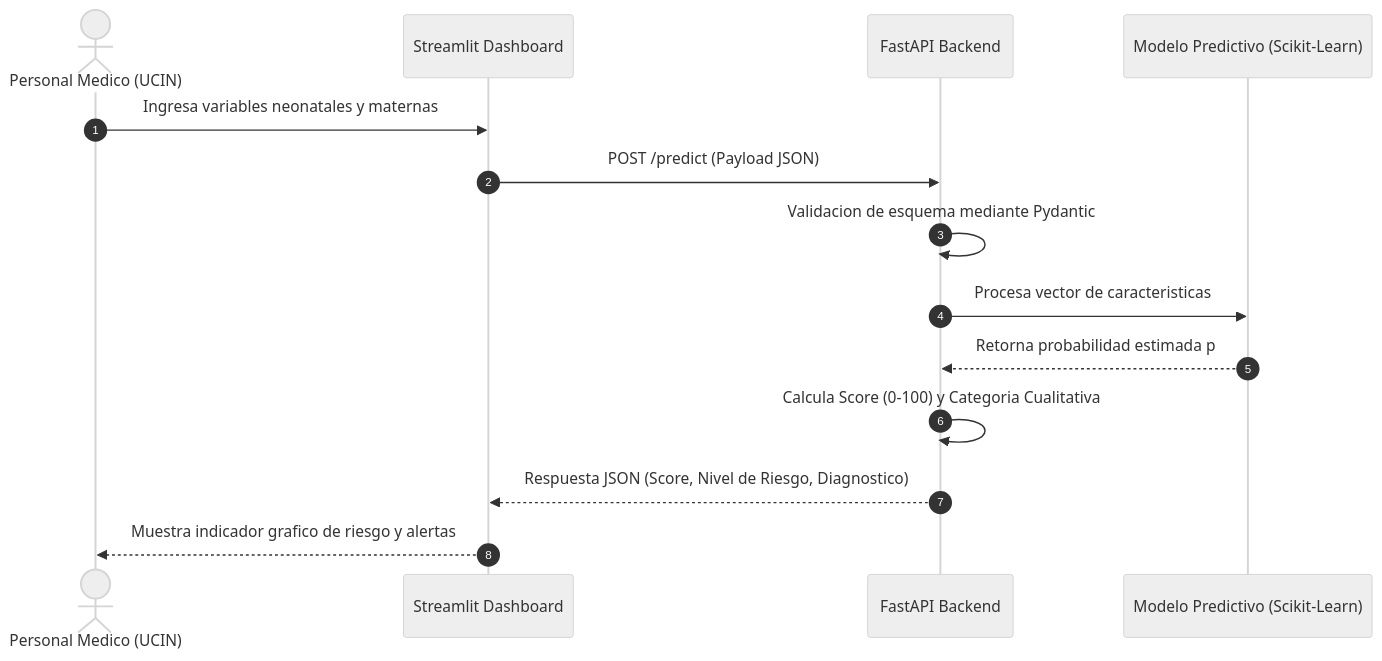
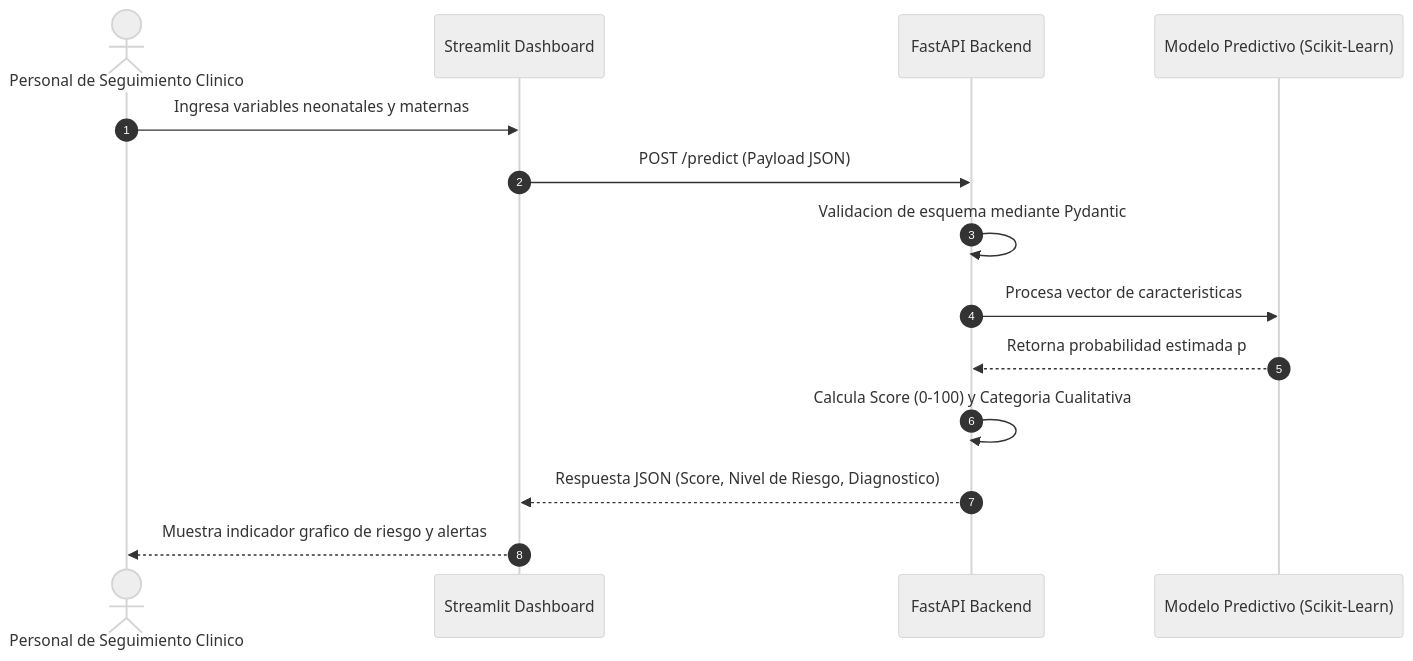
The second of 2 diagrams in README.md (MAIA-FinalProject/Microproyecto), drawn with Mermaid (neutral theme) before and after one commit. The commit also changed other lines of this file, not shown here.

````diff
--- a/README.md
+++ b/README.md
@@ -67,17 +71,17 @@
 ```mermaid
 sequenceDiagram
     autonumber
-    actor Medico as Personal Medico (UCIN)
+    actor Clinico as Personal de Seguimiento Clinico
     participant Dashboard as Streamlit Dashboard
     participant API as FastAPI Backend
     participant Model as Modelo Predictivo (Scikit-Learn)
 
-    Medico->>Dashboard: Ingresa variables neonatales y maternas
+    Clinico->>Dashboard: Ingresa variables neonatales y maternas
     Dashboard->>API: POST /predict (Payload JSON)
     API->>API: Validacion de esquema mediante Pydantic
     API->>Model: Procesa vector de caracteristicas
     Model-->>API: Retorna probabilidad estimada p
     API->>API: Calcula Score (0-100) y Categoria Cualitativa
     API-->>Dashboard: Respuesta JSON (Score, Nivel de Riesgo, Diagnostico)
-    Dashboard-->>Medico: Muestra indicador grafico de riesgo y alertas
+    Dashboard-->>Clinico: Muestra indicador grafico de riesgo y alertas
 ```
````
